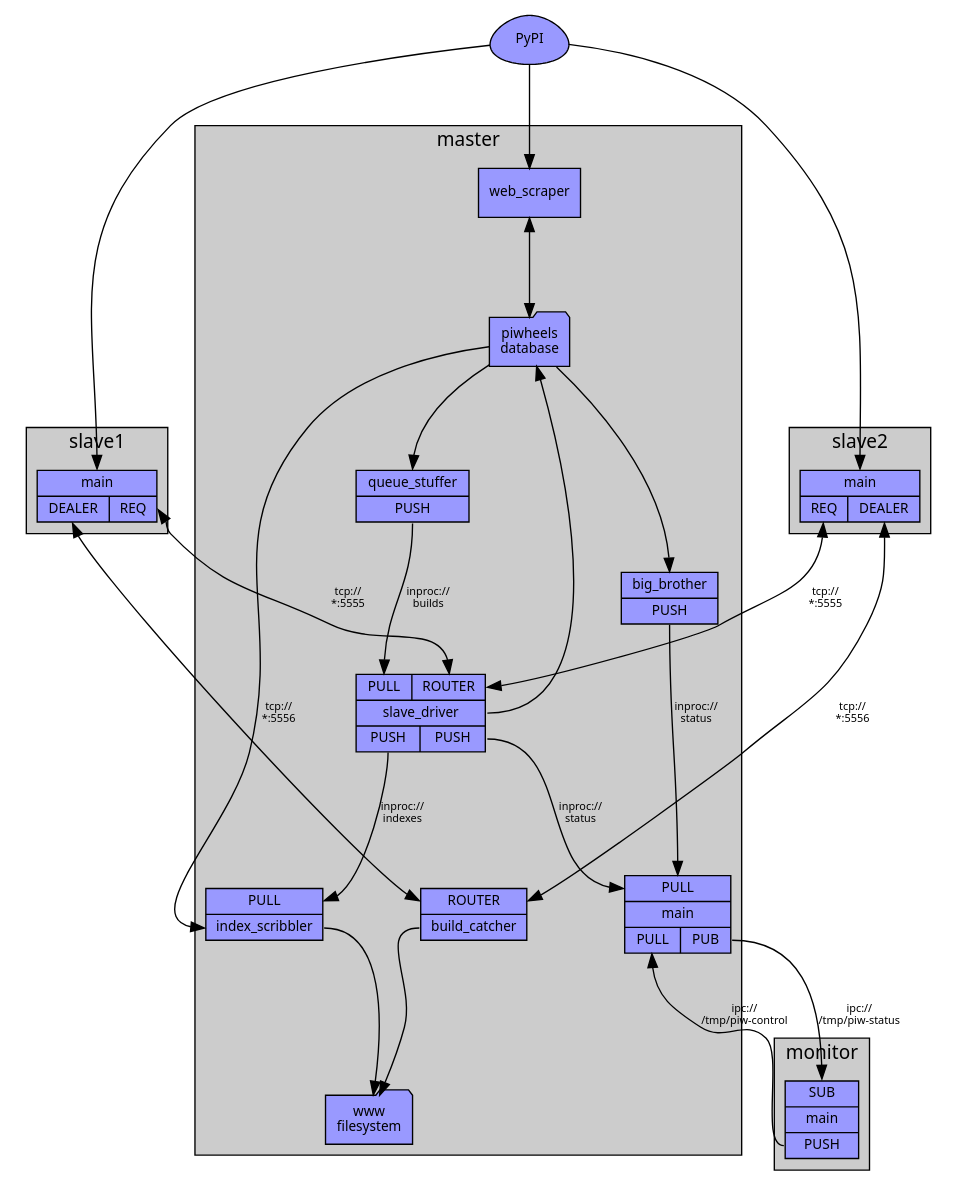
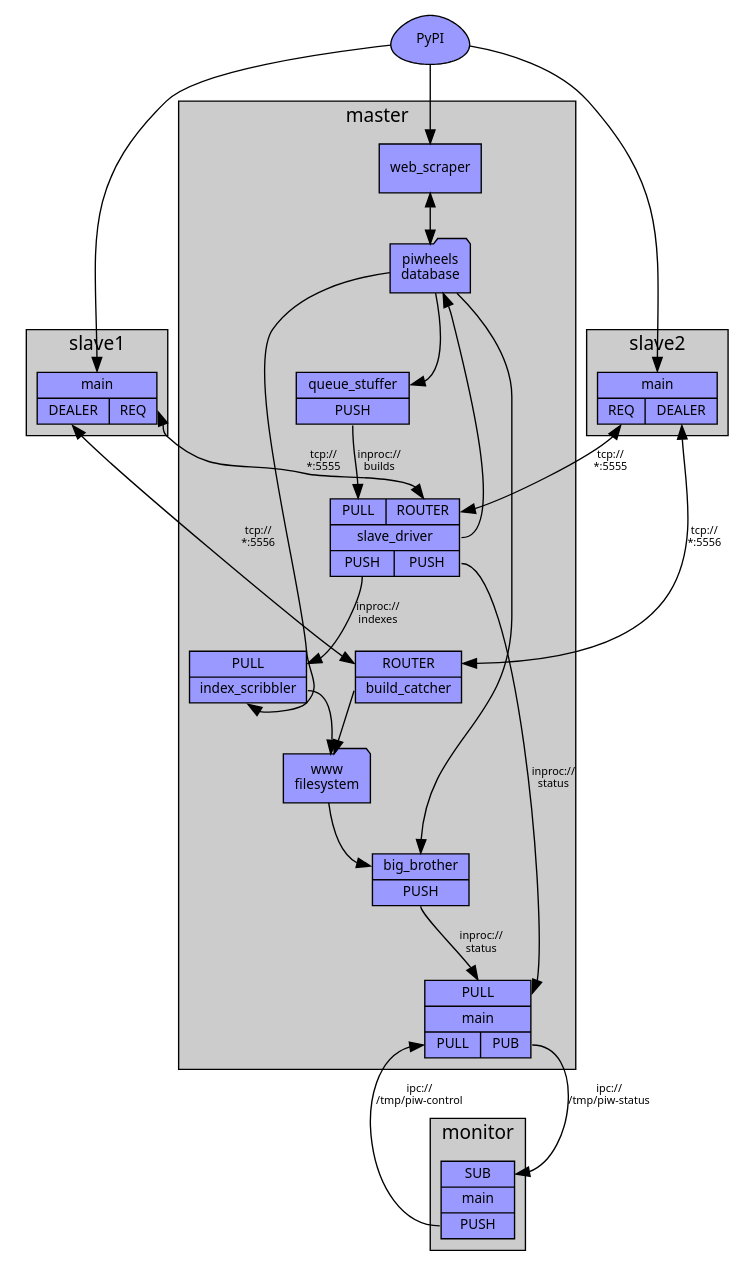
Before and after one commit to piwheels/piwheels: the diagram in docs/queues.dot, drawn with Graphviz. The commit also changed 1 other file, not shown here.

Commit message:
Final fixes to the protocol diagrams

```diff
--- a/docs/queues.dot
+++ b/docs/queues.dot
@@ -1,61 +1,62 @@
 digraph piwheels {
-    graph [nodesep=1, ranksep=1, style=filled, fontname=Sans, fontsize=14, fillcolor="#cccccc"];
+    graph [nodesep=0.5, ranksep=0.5, style=filled, fontname=Sans, fontsize=14, fillcolor="#cccccc"];
     node [shape=record, fontname=Sans, fontsize=10, style=filled, fillcolor="#9999ff", penwidth=1];
     edge [fontname=Sans, fontsize=8];
 
     pypi [label="PyPI", shape=egg];
 
     subgraph cluster_master {
         graph [label="master"];
 
         main [label="{{<int_status>PULL}|main|{<control>PULL|<ext_status>PUB}}"];
         web_scraper [label="<t>web_scraper"];
         queue_stuffer [label="{<t>queue_stuffer|<builds>PUSH}"];
         big_brother [label="{<t>big_brother|<int_status>PUSH}"];
         slave_driver [label="{{<builds>PULL|<slaves>ROUTER}|<t>slave_driver|{<indexes>PUSH|<int_status>PUSH}}"];
         build_catcher [label="{<slaves>ROUTER|<t>build_catcher}"];
         index_scribbler [label="{<indexes>PULL|<t>index_scribbler}"];
 
         big_brother:int_status->main:int_status [label="inproc://\nstatus"];
         slave_driver:int_status->main:int_status [label="inproc://\nstatus"];
         queue_stuffer:builds->slave_driver:builds [label="inproc://\nbuilds"];
         slave_driver:indexes->index_scribbler:indexes [label="inproc://\nindexes"];
 
         db [label="piwheels\ndatabase", shape=folder];
         fs [label="www\nfilesystem", shape=folder];
 
         web_scraper:t->db [dir=both];
         db->queue_stuffer:t;
         db->big_brother:t;
+        fs->big_brother:t;
         slave_driver:t->db;
         db->index_scribbler:t;
 
         index_scribbler:t->fs;
         build_catcher:t->fs;
     }
 
     subgraph cluster_monitor {
         graph [label="monitor"];
         monitor [label="{<status>SUB|<t>main|<control>PUSH}"];
     }
 
     subgraph cluster_slave1 {
         graph [label="slave1"];
         slave1 [label="{<t>main|{<files>DEALER|<builds>REQ}}"];
     }
 
     subgraph cluster_slave2 {
         graph [label="slave2"];
         slave2 [label="{<t>main|{<builds>REQ|<files>DEALER}}"];
     }
 
     pypi->web_scraper:t;
     pypi->slave1:t;
     pypi->slave2:t;
     slave1:builds->slave_driver:slaves [dir=both, label="tcp://\n*:5555"];
     slave2:builds->slave_driver:slaves [dir=both, label="tcp://\n*:5555"];
     slave1:files->build_catcher:slaves [dir=both, label="tcp://\n*:5556"];
     slave2:files->build_catcher:slaves [dir=both, label="tcp://\n*:5556"];
     main:ext_status->monitor:status [label="ipc://\n/tmp/piw-status"];
     monitor:control->main:control [label="ipc://\n/tmp/piw-control"];
 }
```
